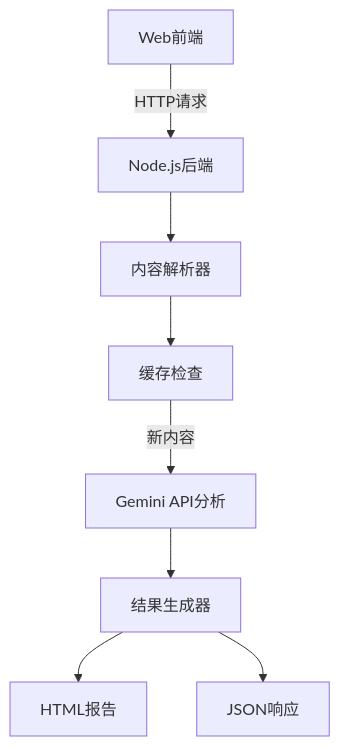
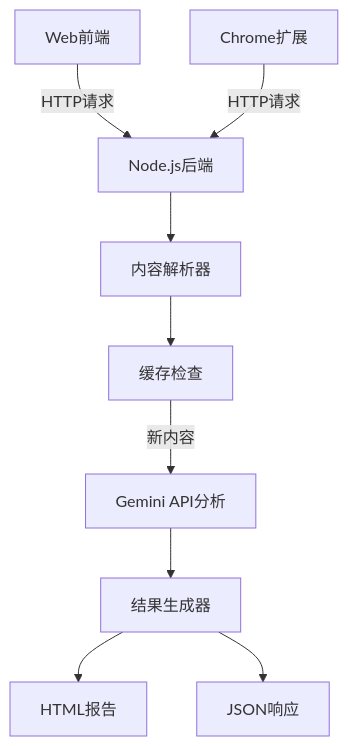
One commit to sztimhdd/Verit.AI changed the first of 5 diagrams in Oracle_AI.md. Above: the diagram before and after it, drawn with Mermaid. The commit also changed other lines of this file and 3 other files, not shown here.

````diff
--- a/Oracle_AI.md
+++ b/Oracle_AI.md
@@ -7,10 +7,11 @@
 ```mermaid
 graph TB
     A[Web前端] --> |HTTP请求| B[Node.js后端]
+    Z[Chrome扩展] --> |HTTP请求| B
     B --> C[内容解析器]
     C --> D[缓存检查]
     D -->|新内容| E[Gemini API分析]
     E --> F[结果生成器]
     F --> G[HTML报告]
     F --> H[JSON响应]
 ```
````
